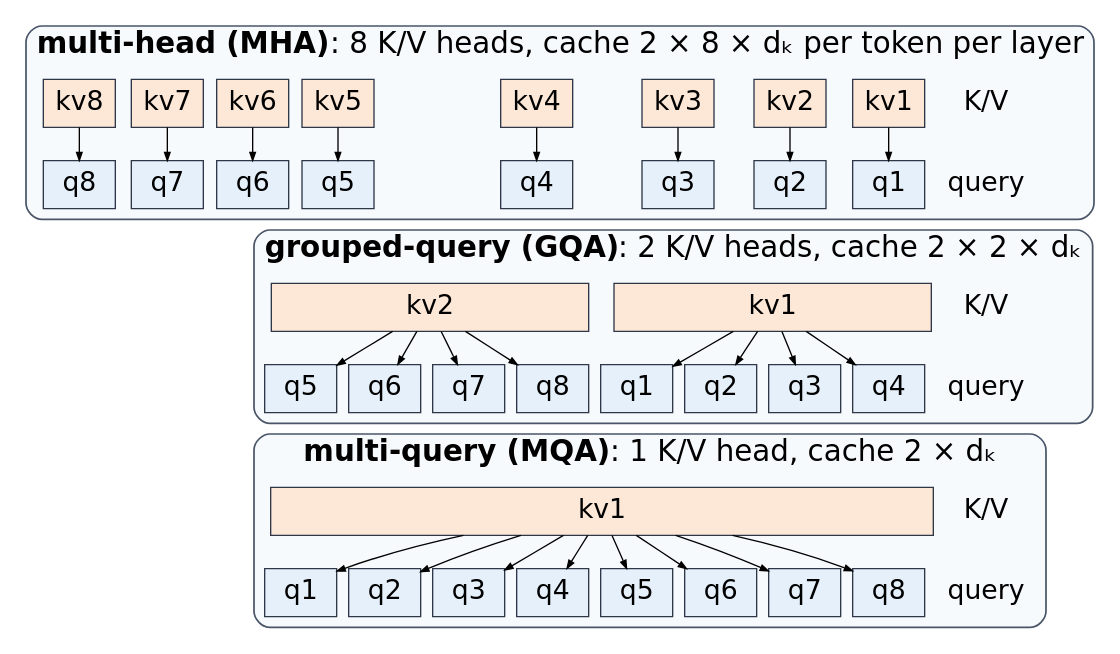
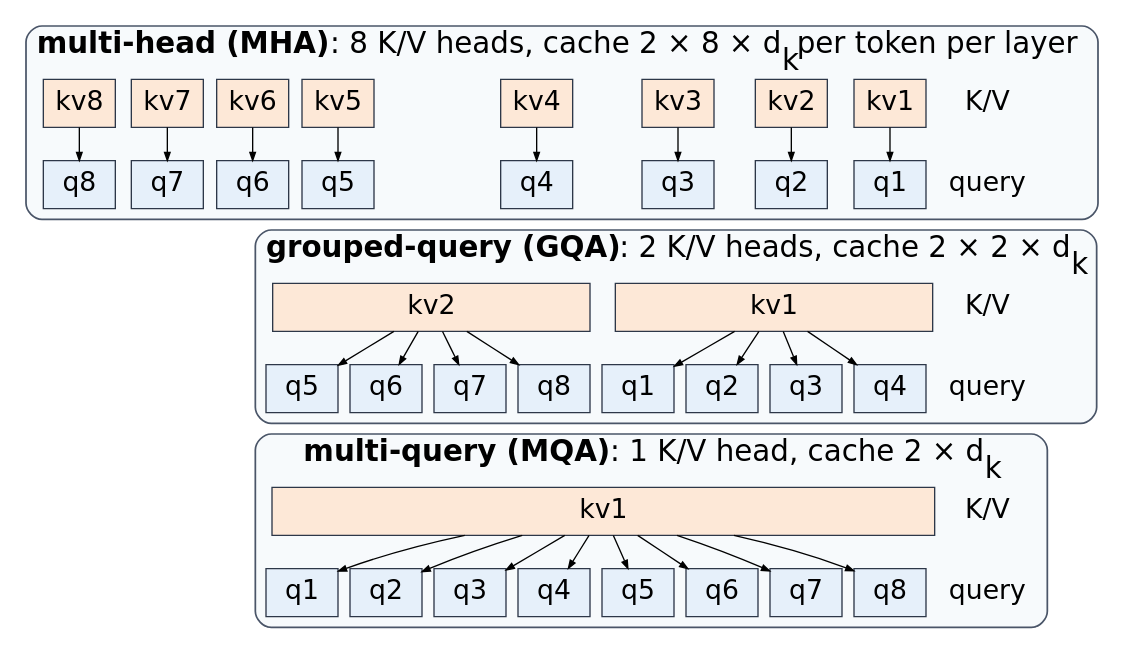
The diagram in chapters/06-architectures/figures/head-sharing.dot (Beaker12/llmatlas), drawn with Graphviz before and after one commit. The commit also changed 12 other files, not shown here.

```diff
--- a/chapters/06-architectures/figures/head-sharing.dot
+++ b/chapters/06-architectures/figures/head-sharing.dot
@@ -1,57 +1,57 @@
 digraph head_sharing {
   ranksep=0.35; nodesep=0.12; newrank=true;
   graph [fontname="DejaVu Sans", fontsize=15];
   node [shape=box, style="filled", fontname="DejaVu Sans", fontsize=15, width=0.75, height=0.5, fixedsize=true];
   edge [arrowsize=0.6];
 
   subgraph cluster_mha {
-    label=<<B>multi-head (MHA)</B>: 8 K/V heads, cache 2 × 8 × dₖ per token per layer>;
+    label=<<B>multi-head (MHA)</B>: 8 K/V heads, cache 2 × 8 × d<SUB>k</SUB> per token per layer>;
     style="rounded,filled"; fillcolor="#f7fafc"; color="#4a5568"; penwidth=1.3; fontsize=22;
     m_lab [label="K/V", shape=plaintext, style="", fixedsize=false, color="#2d3748", fontsize=20];
     m_k0 [label="kv1", fillcolor="#fde8d7", color="#2d3748", fontsize=20]; m_k1 [label="kv2", fillcolor="#fde8d7", color="#2d3748", fontsize=20];
     m_k2 [label="kv3", fillcolor="#fde8d7", color="#2d3748", fontsize=20]; m_k3 [label="kv4", fillcolor="#fde8d7", color="#2d3748", fontsize=20];
     m_k4 [label="kv5", fillcolor="#fde8d7", color="#2d3748", fontsize=20]; m_k5 [label="kv6", fillcolor="#fde8d7", color="#2d3748", fontsize=20];
     m_k6 [label="kv7", fillcolor="#fde8d7", color="#2d3748", fontsize=20]; m_k7 [label="kv8", fillcolor="#fde8d7", color="#2d3748", fontsize=20];
     m_qlab [label="query", shape=plaintext, style="", fixedsize=false, color="#2d3748", fontsize=20];
     m_q0 [label="q1", fillcolor="#e6f0fa", color="#2d3748", fontsize=20]; m_q1 [label="q2", fillcolor="#e6f0fa", color="#2d3748", fontsize=20];
     m_q2 [label="q3", fillcolor="#e6f0fa", color="#2d3748", fontsize=20]; m_q3 [label="q4", fillcolor="#e6f0fa", color="#2d3748", fontsize=20];
     m_q4 [label="q5", fillcolor="#e6f0fa", color="#2d3748", fontsize=20]; m_q5 [label="q6", fillcolor="#e6f0fa", color="#2d3748", fontsize=20];
     m_q6 [label="q7", fillcolor="#e6f0fa", color="#2d3748", fontsize=20]; m_q7 [label="q8", fillcolor="#e6f0fa", color="#2d3748", fontsize=20];
     m_lab -> m_qlab [style=invis];
     m_k0 -> m_q0; m_k1 -> m_q1; m_k2 -> m_q2; m_k3 -> m_q3; m_k4 -> m_q4; m_k5 -> m_q5; m_k6 -> m_q6; m_k7 -> m_q7;
   }
   subgraph cluster_gqa {
-    label=<<B>grouped-query (GQA)</B>: 2 K/V heads, cache 2 × 2 × dₖ>;
+    label=<<B>grouped-query (GQA)</B>: 2 K/V heads, cache 2 × 2 × d<SUB>k</SUB>>;
     style="rounded,filled"; fillcolor="#f7fafc"; color="#4a5568"; penwidth=1.3; fontsize=22;
     g_lab [label="K/V", shape=plaintext, style="", fixedsize=false, color="#2d3748", fontsize=20];
     g_k0 [label="kv1", width=3.3, fillcolor="#fde8d7", color="#2d3748", fontsize=20];
     g_k1 [label="kv2", width=3.3, fillcolor="#fde8d7", color="#2d3748", fontsize=20];
     g_qlab [label="query", shape=plaintext, style="", fixedsize=false, color="#2d3748", fontsize=20];
     g_q0 [label="q1", fillcolor="#e6f0fa", color="#2d3748", fontsize=20]; g_q1 [label="q2", fillcolor="#e6f0fa", color="#2d3748", fontsize=20];
     g_q2 [label="q3", fillcolor="#e6f0fa", color="#2d3748", fontsize=20]; g_q3 [label="q4", fillcolor="#e6f0fa", color="#2d3748", fontsize=20];
     g_q4 [label="q5", fillcolor="#e6f0fa", color="#2d3748", fontsize=20]; g_q5 [label="q6", fillcolor="#e6f0fa", color="#2d3748", fontsize=20];
     g_q6 [label="q7", fillcolor="#e6f0fa", color="#2d3748", fontsize=20]; g_q7 [label="q8", fillcolor="#e6f0fa", color="#2d3748", fontsize=20];
     g_lab -> g_qlab [style=invis];
     g_k0 -> {g_q0 g_q1 g_q2 g_q3}; g_k1 -> {g_q4 g_q5 g_q6 g_q7};
   }
   subgraph cluster_mqa {
-    label=<<B>multi-query (MQA)</B>: 1 K/V head, cache 2 × dₖ>;
+    label=<<B>multi-query (MQA)</B>: 1 K/V head, cache 2 × d<SUB>k</SUB>>;
     style="rounded,filled"; fillcolor="#f7fafc"; color="#4a5568"; penwidth=1.3; fontsize=22;
     q_lab [label="K/V", shape=plaintext, style="", fixedsize=false, color="#2d3748", fontsize=20];
     q_k0 [label="kv1", width=6.9, fillcolor="#fde8d7", color="#2d3748", fontsize=20];
     q_qlab [label="query", shape=plaintext, style="", fixedsize=false, color="#2d3748", fontsize=20];
     q_q0 [label="q1", fillcolor="#e6f0fa", color="#2d3748", fontsize=20]; q_q1 [label="q2", fillcolor="#e6f0fa", color="#2d3748", fontsize=20];
     q_q2 [label="q3", fillcolor="#e6f0fa", color="#2d3748", fontsize=20]; q_q3 [label="q4", fillcolor="#e6f0fa", color="#2d3748", fontsize=20];
     q_q4 [label="q5", fillcolor="#e6f0fa", color="#2d3748", fontsize=20]; q_q5 [label="q6", fillcolor="#e6f0fa", color="#2d3748", fontsize=20];
     q_q6 [label="q7", fillcolor="#e6f0fa", color="#2d3748", fontsize=20]; q_q7 [label="q8", fillcolor="#e6f0fa", color="#2d3748", fontsize=20];
     q_lab -> q_qlab [style=invis];
     q_k0 -> {q_q0 q_q1 q_q2 q_q3 q_q4 q_q5 q_q6 q_q7};
   }
   { rank=same; m_lab; m_k0; m_k1; m_k2; m_k3; m_k4; m_k5; m_k6; m_k7; }
   { rank=same; m_qlab; m_q0; m_q1; m_q2; m_q3; m_q4; m_q5; m_q6; m_q7; }
   { rank=same; g_lab; g_k0; g_k1; }
   { rank=same; g_qlab; g_q0; g_q1; g_q2; g_q3; g_q4; g_q5; g_q6; g_q7; }
   { rank=same; q_lab; q_k0; }
   { rank=same; q_qlab; q_q0; q_q1; q_q2; q_q3; q_q4; q_q5; q_q6; q_q7; }
   m_qlab -> g_lab [style=invis]; g_qlab -> q_lab [style=invis];
 }
```
